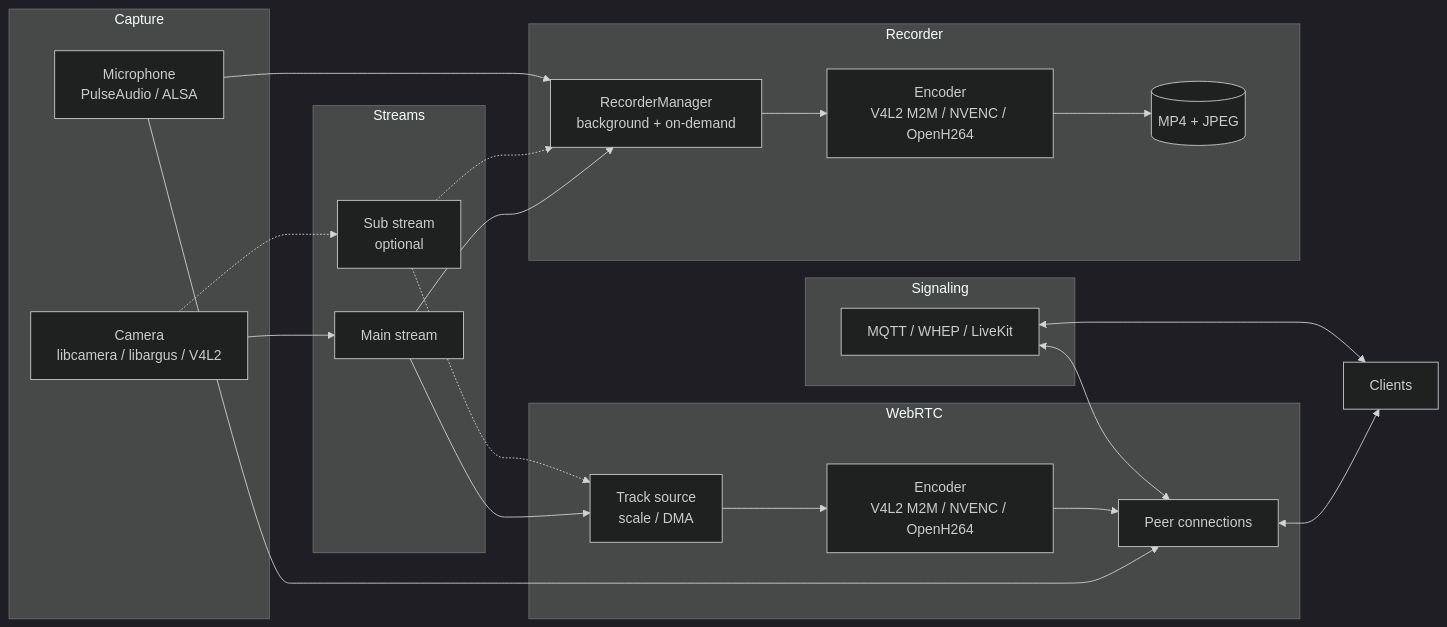
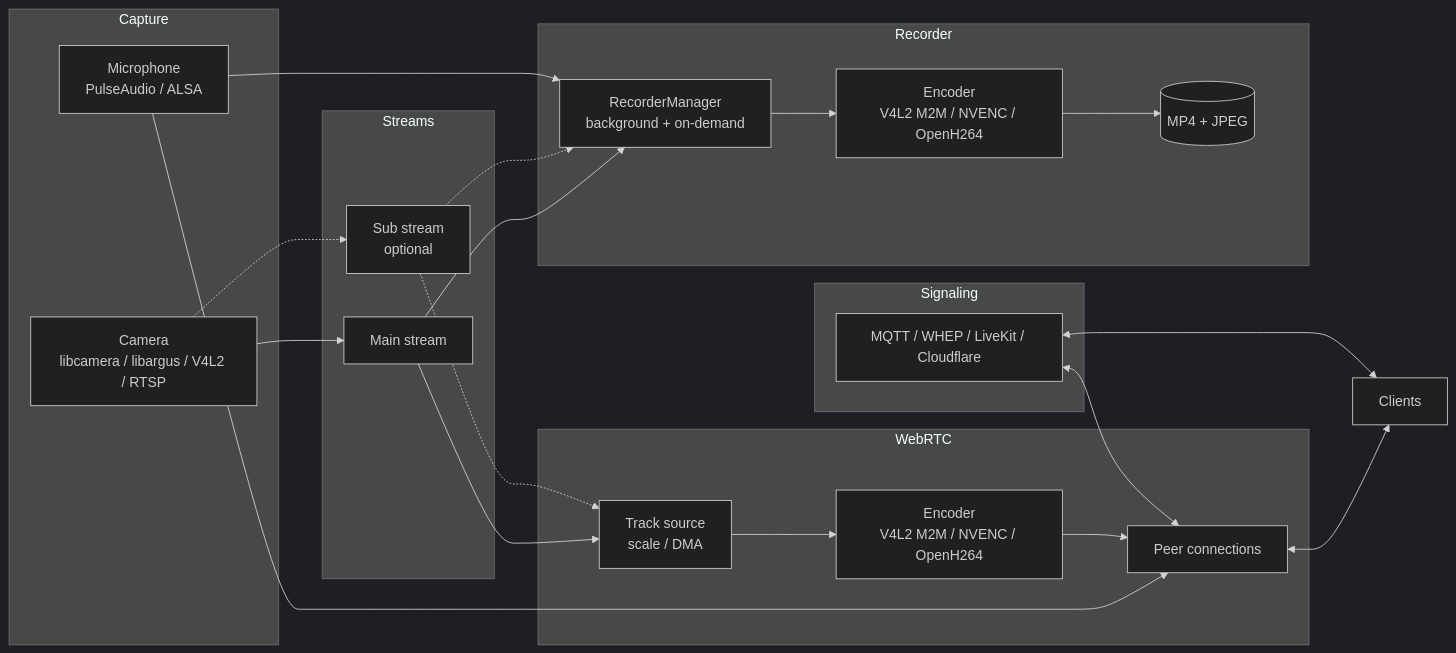
The diagram in docs/development/architecture.md (mazupo/pi-webrtc), drawn with Mermaid (dark theme) before and after one commit. The commit also changed other lines of this file and 37 other files, not shown here.

````diff
--- a/docs/development/architecture.md
+++ b/docs/development/architecture.md
@@ -8,42 +8,42 @@
 ```mermaid
 graph LR
     subgraph Capture
-        CAM[Camera<br/>libcamera / libargus / V4L2]
+        CAM[Camera<br/>libcamera / libargus / V4L2 / RTSP]
         MIC[Microphone<br/>PulseAudio / ALSA]
     end
 
     subgraph Streams
         MAIN[Main stream]
         SUB[Sub stream<br/>optional]
     end
 
     subgraph WebRTC
         TRACK[Track source<br/>scale / DMA]
         ENC[Encoder<br/>V4L2 M2M / NVENC / OpenH264]
         PEER[Peer connections]
     end
 
     subgraph Recorder
         REC[RecorderManager<br/>background + on-demand]
         RENC[Encoder<br/>V4L2 M2M / NVENC / OpenH264]
         MP4[(MP4 + JPEG)]
     end
 
     subgraph Signaling
-        SIG[MQTT / WHEP / LiveKit]
+        SIG[MQTT / WHEP / LiveKit / Cloudflare]
     end
 
     CAM --> MAIN
     CAM -.-> SUB
     MAIN --> TRACK
     SUB -.-> TRACK
     MAIN --> REC
     SUB -.-> REC
     MIC --> PEER
     MIC --> REC
     TRACK --> ENC --> PEER
     REC --> RENC --> MP4
     SIG <--> PEER
     PEER <--> CLIENT[Clients]
     SIG <--> CLIENT
 ```
````
